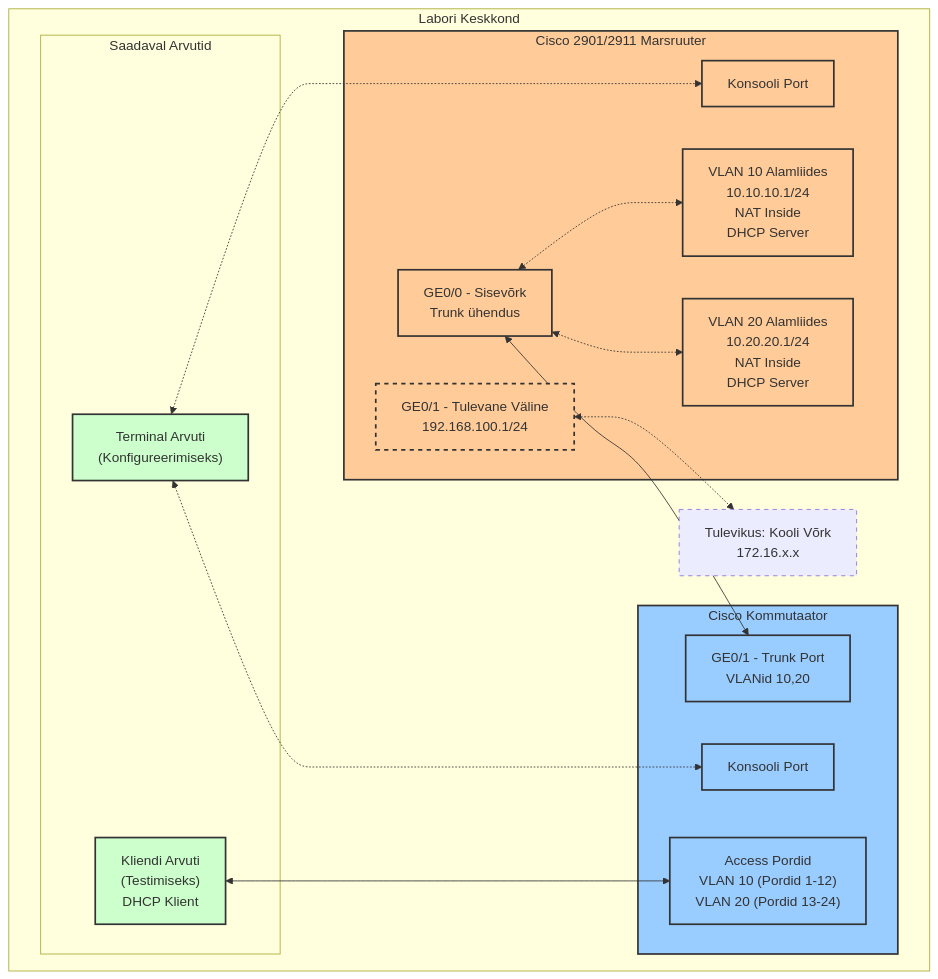
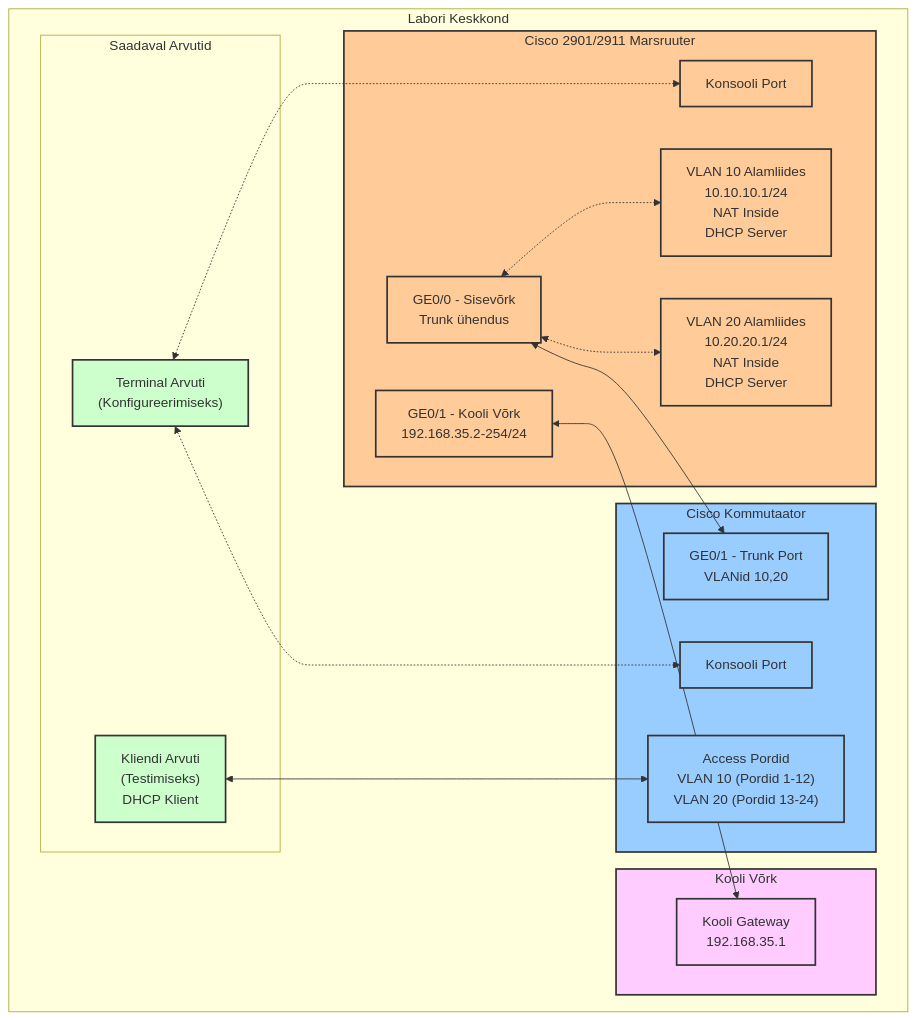
The diagram in Labs/Lab26_310_Router_NAT.md (Haapsalu-Kutsehariduskeskus/av), drawn with Mermaid before and after one commit. The commit also changed other lines of this file, not shown here.

````diff
--- a/Labs/Lab26_310_Router_NAT.md
+++ b/Labs/Lab26_310_Router_NAT.md
@@ -69,44 +19,48 @@
 ```mermaid
 flowchart TB
     subgraph "Labori Keskkond"
+        subgraph School["Kooli Võrk"]
+            Gateway["Kooli Gateway<br>192.168.35.1"]
+        end
+        
         subgraph Router["Cisco 2901/2911 Marsruuter"]
             RouterGE0["GE0/0 - Sisevõrk<br>Trunk ühendus"]
-            RouterGE1["GE0/1 - Tulevane Väline<br>192.168.100.1/24"]
+            RouterGE1["GE0/1 - Kooli Võrk<br>192.168.35.2-254/24"]
             RouterVLAN10["VLAN 10 Alamliides<br>10.10.10.1/24<br>NAT Inside<br>DHCP Server"]
             RouterVLAN20["VLAN 20 Alamliides<br>10.20.20.1/24<br>NAT Inside<br>DHCP Server"]
             ConsolePR["Konsooli Port"]
         end
 
         subgraph Switch["Cisco Kommutaator"]
             SwitchTrunk["GE0/1 - Trunk Port<br>VLANid 10,20"]
             SwitchPorts["Access Pordid<br>VLAN 10 (Pordid 1-12)<br>VLAN 20 (Pordid 13-24)"]
             ConsolePS["Konsooli Port"]
         end
 
         subgraph PCs["Saadaval Arvutid"]
             TerminalPC["Terminal Arvuti<br>(Konfigureerimiseks)"]
             ClientPC["Kliendi Arvuti<br>(Testimiseks)<br>DHCP Klient"]
         end
 
         %% Füüsilised ühendused
         RouterGE0 <--> SwitchTrunk
-        RouterGE1 <-.-> Internet["Tulevikus: Kooli Võrk<br>172.16.x.x"]
+        RouterGE1 <--> Gateway
         TerminalPC <-..-> ConsolePR
         TerminalPC <-..-> ConsolePS
         ClientPC <--> SwitchPorts
         
         %% Loogilised ühendused
         RouterGE0 <-.-> RouterVLAN10
         RouterGE0 <-.-> RouterVLAN20
     end
     
     classDef router fill:#ffcc99,stroke:#333,stroke-width:2px;
     classDef switch fill:#99ccff,stroke:#333,stroke-width:2px;
     classDef client fill:#ccffcc,stroke:#333,stroke-width:2px;
-    classDef future stroke-dasharray: 5 5;
+    classDef school fill:#ffccff,stroke:#333,stroke-width:2px;
     
     class Router,RouterGE0,RouterGE1,RouterVLAN10,RouterVLAN20,ConsolePR router;
     class Switch,SwitchTrunk,SwitchPorts,ConsolePS switch;
     class TerminalPC,ClientPC client;
-    class Internet,RouterGE1 future;
+    class School,Gateway school;
 ```
````
